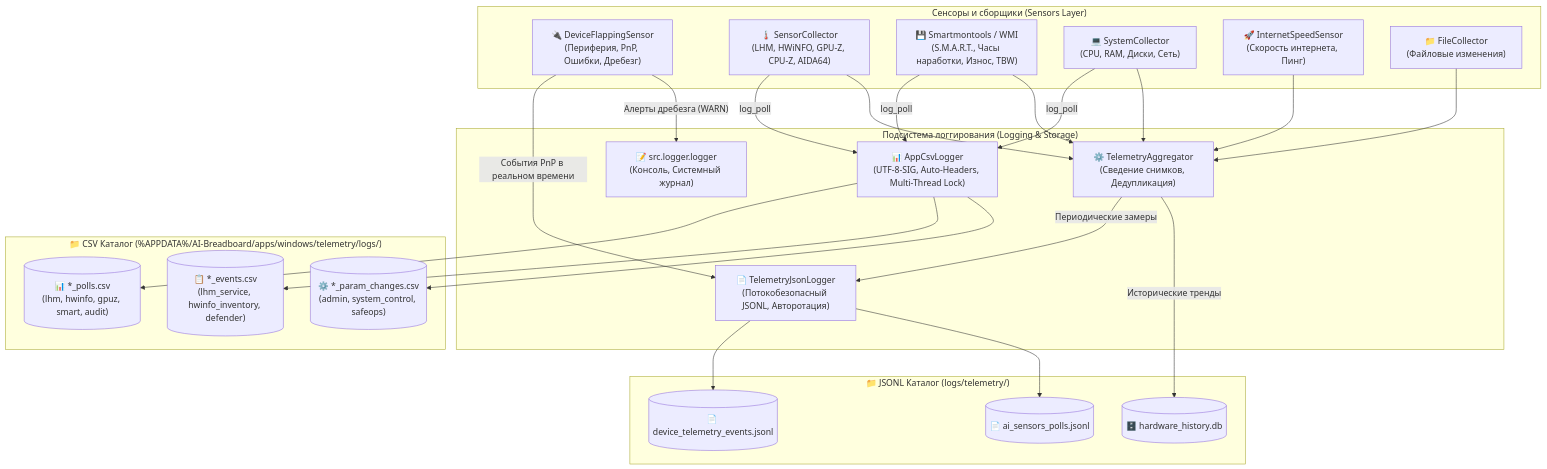
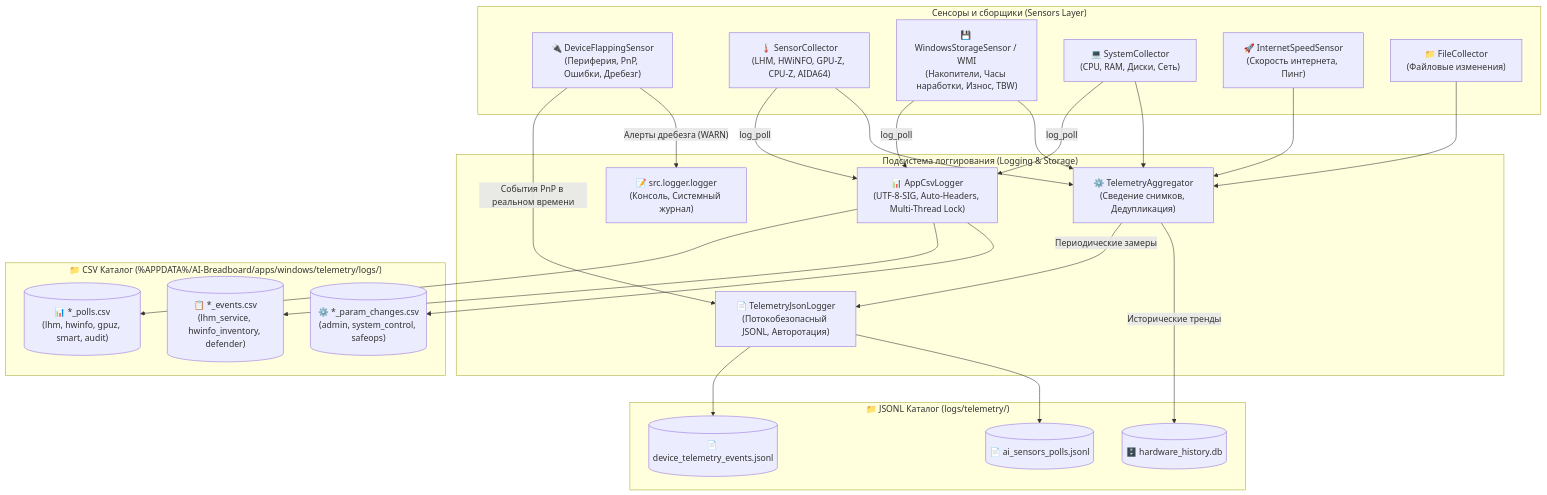
The diagram in docs/ru/ai-sensors/README.md (hypo69/AI-Breadboard), drawn with Mermaid before and after one commit. The commit also changed other lines of this file and 86 other files, not shown here.

````diff
--- a/docs/ru/ai-sensors/README.md
+++ b/docs/ru/ai-sensors/README.md
@@ -24,53 +24,53 @@
 ```mermaid
 flowchart TD
     subgraph Сенсоры["Сенсоры и сборщики (Sensors Layer)"]
         DFS["🔌 DeviceFlappingSensor<br/>(Периферия, PnP, Ошибки, Дребезг)"]
         SC["🌡️ SensorCollector<br/>(LHM, HWiNFO, GPU-Z, CPU-Z, AIDA64)"]
-        SMART["💾 Smartmontools / WMI<br/>(S.M.A.R.T., Часы наработки, Износ, TBW)"]
+        SMART["💾 WindowsStorageSensor / WMI<br/>(Накопители, Часы наработки, Износ, TBW)"]
         SysC["💻 SystemCollector<br/>(CPU, RAM, Диски, Сеть)"]
         NetS["🚀 InternetSpeedSensor<br/>(Скорость интернета, Пинг)"]
         FC["📁 FileCollector<br/>(Файловые изменения)"]
     end
 
     subgraph Логгирование["Подсистема логгирования (Logging & Storage)"]
         CSVLog["📊 AppCsvLogger<br/>(UTF-8-SIG, Auto-Headers, Multi-Thread Lock)"]
         Agg["⚙️ TelemetryAggregator<br/>(Сведение снимков, Дедупликация)"]
         JsonLog["📄 TelemetryJsonLogger<br/>(Потокобезопасный JSONL, Авторотация)"]
         SysLog["📝 src.logger.logger<br/>(Консоль, Системный журнал)"]
     end
 
     subgraph ХранилищеCSV["📁 CSV Каталог (%APPDATA%/AI-Breadboard/apps/windows/telemetry/logs/)"]
         CsvPolls[("📊 *_polls.csv<br/>(lhm, hwinfo, gpuz, smart, audit)")]
         CsvEvents[("📋 *_events.csv<br/>(lhm_service, hwinfo_inventory, defender)")]
         CsvParams[("⚙️ *_param_changes.csv<br/>(admin, system_control, safeops)")]
     end
 
     subgraph ХранилищеJSON["📁 JSONL Каталог (logs/telemetry/)"]
         DevEvents[("📄 device_telemetry_events.jsonl")]
         SensPolls[("📄 ai_sensors_polls.jsonl")]
         HistoryDb[("🗄️ hardware_history.db")]
     end
 
     %% CSV записи
     SC -->|"log_poll"| CSVLog
     SMART -->|"log_poll"| CSVLog
     SysC -->|"log_poll"| CSVLog
     CSVLog --> CsvPolls
     CSVLog --> CsvEvents
     CSVLog --> CsvParams
 
     %% JSONL записи
     DFS -->|"События PnP в реальном времени"| JsonLog
     DFS -->|"Алерты дребезга (WARN)"| SysLog
     JsonLog --> DevEvents
 
     SC --> Agg
     SMART --> Agg
     SysC --> Agg
     NetS --> Agg
     FC --> Agg
 
     Agg -->|"Периодические замеры"| JsonLog
     JsonLog --> SensPolls
     Agg -->|"Исторические тренды"| HistoryDb
 ```
````
